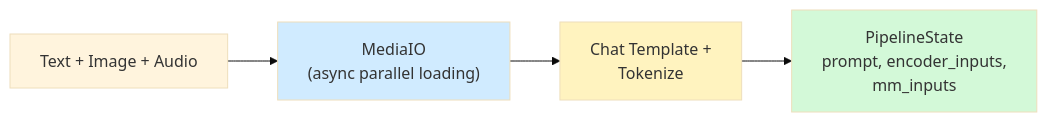
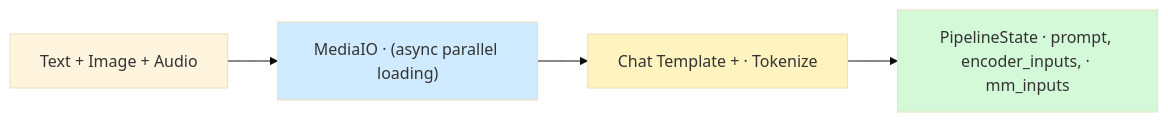
Before and after one commit to zhaochenyang20/Awesome-ML-SYS-Tutorial: diagram 16 of 27 in sglang/sglang-omni/README.md, drawn with Mermaid (base theme). The commit also changed other lines of this file, not shown here.

First line of the commit message:
docs(sglang-omni): use single-line mermaid labels and redraw multi-model diagram with subgraphs

````diff
--- a/sglang/sglang-omni/README.md
+++ b/sglang/sglang-omni/README.md
@@ -711,12 +714,8 @@
 ```mermaid
 graph LR
-    Input["Text + Image + Audio"] --> Media["`MediaIO
-(async parallel loading)`"] --> Token["`Chat Template +
-Tokenize`"] --> Out["`PipelineState
-prompt, encoder_inputs,
-mm_inputs`"]
+    Input["Text + Image + Audio"] --> Media["MediaIO · (async parallel loading)"] --> Token["Chat Template + · Tokenize"] --> Out["PipelineState · prompt, encoder_inputs, · mm_inputs"]
 
     style Media fill:#d0ebff,color:#333
     style Token fill:#fff3bf,color:#333
     style Out fill:#d3f9d8,color:#333
 ```
````
